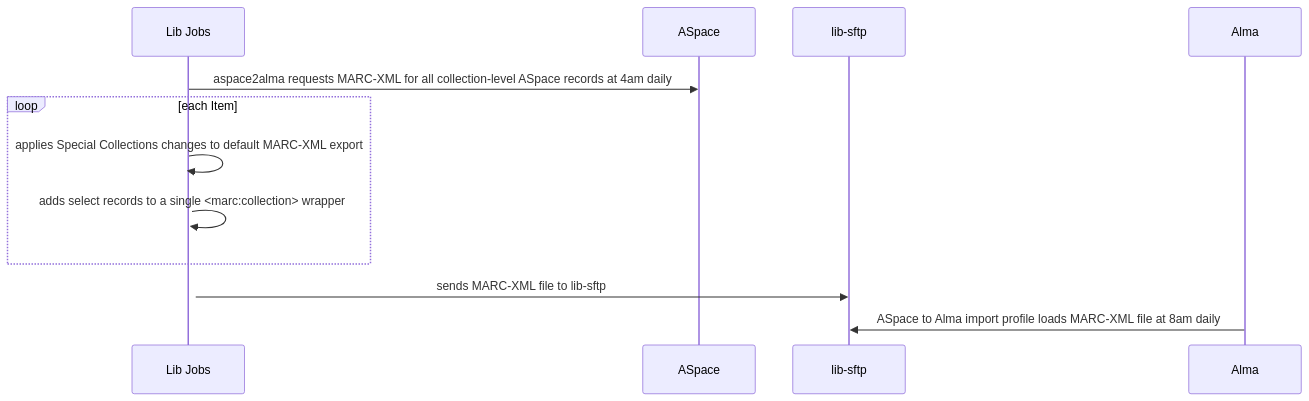
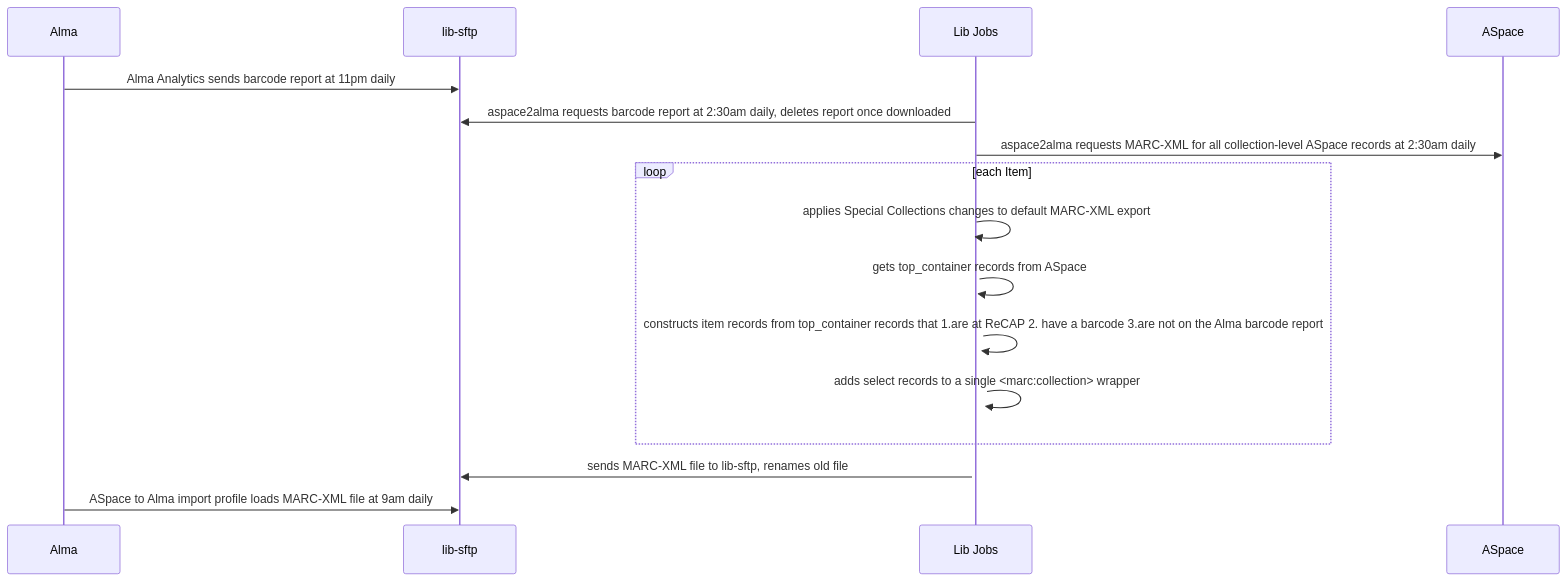
Before and after one commit to pulibrary/lib_jobs: the diagram in docs/aspace2alma/readme.md, drawn with Mermaid.

Commit message:
Update readme.md (#641)
* Update readme.md

* Update readme.md

adding detail about the item record construction

* Update docs/aspace2alma/readme.md

* Update docs/aspace2alma/readme.md

* Update readme.md

---------

````diff
--- a/docs/aspace2alma/readme.md
+++ b/docs/aspace2alma/readme.md
@@ -3,17 +3,25 @@
 ```mermaid
 sequenceDiagram
 accTitle: Diagram depicting loading select records from ArchivesSpace to Alma.
 accDescr {
-  aspace2alma requests MARC-XML for all collection-level ASpace records at 4am daily.
+  Alma Analytics sends barcode report at 11pm daily.
+  aspace2alma requests barcode report at 2:30am daily; deletes report once downloaded.
+  aspace2alma requests MARC-XML for all collection-level ASpace records at 2:30am daily.
   Lib Jobs applies Special Collections changes to default MARC-XML export and adds select records to a single <marc:collection> wrapper.
-  Lib Jobs sends MARC-XML file to lib-sftp.
-  ASpace to Alma imports profile loads MARC-XML file at 8am daily.
+  Lib Jobs gets top_container records from ASpace.
+  Lib Jobs constructs item records from top_container records that 1.are at ReCAP 2. have a barcode 3.are not on the Alma barcode report.
+  Lib Jobs sends MARC-XML file to lib-sftp; renames old file.
+  ASpace to Alma imports profile loads MARC-XML file at 9am daily.
 }
-Lib Jobs->>ASpace: aspace2alma requests MARC-XML for all collection-level ASpace records at 4am daily
+Alma->>lib-sftp: Alma Analytics sends barcode report at 11pm daily
+Lib Jobs->>lib-sftp: aspace2alma requests barcode report at 2:30am daily, deletes report once downloaded
+Lib Jobs->>ASpace: aspace2alma requests MARC-XML for all collection-level ASpace records at 2:30am daily
 loop each Item
   Lib Jobs->>+Lib Jobs: applies Special Collections changes to default MARC-XML export
+  Lib Jobs->>+Lib Jobs: gets top_container records from ASpace
+  Lib Jobs->>+Lib Jobs: constructs item records from top_container records that 1.are at ReCAP 2. have a barcode 3.are not on the Alma barcode report
   Lib Jobs->>+Lib Jobs: adds select records to a single <marc:collection> wrapper
 end
-Lib Jobs->>lib-sftp: sends MARC-XML file to lib-sftp
-Alma->>lib-sftp: ASpace to Alma import profile loads MARC-XML file at 8am daily
+Lib Jobs->>lib-sftp: sends MARC-XML file to lib-sftp, renames old file
+Alma->>lib-sftp: ASpace to Alma import profile loads MARC-XML file at 9am daily
 ```
````
